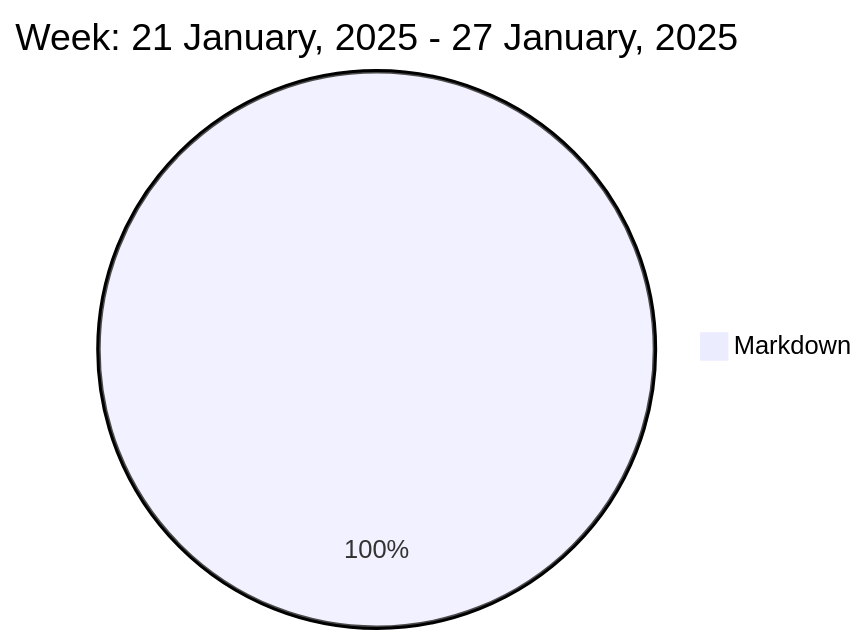
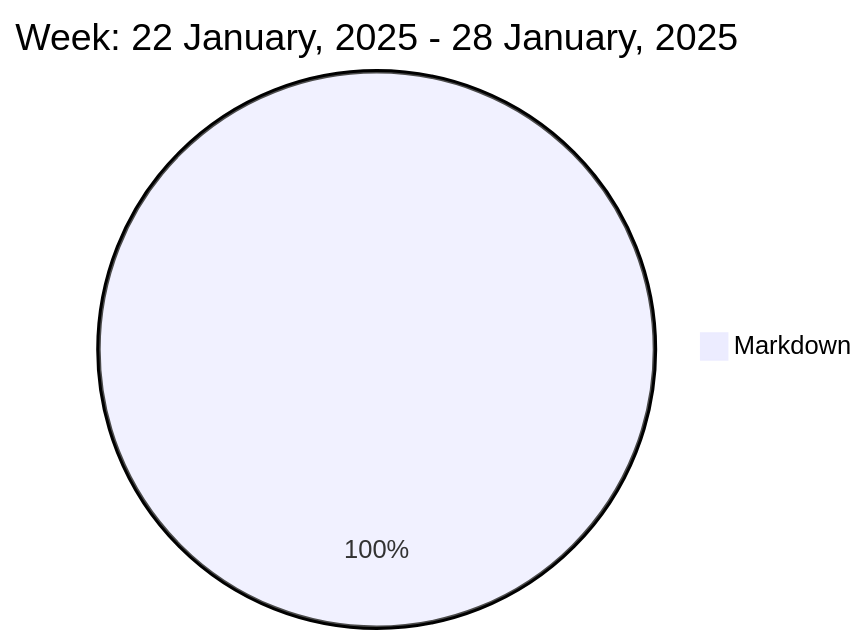
Before and after one commit to liubin95/liubin95: the diagram in README.md, drawn with Mermaid.

Commit message:
Updated the Graph with new Metrics

````diff
--- a/README.md
+++ b/README.md
@@ -37,5 +37,5 @@
 ```mermaid
  pie
-title Week: 21 January, 2025 - 27 January, 2025
- "Markdown" : 3.25
+title Week: 22 January, 2025 - 28 January, 2025
+ "Markdown" : 1.95
 ```
````
